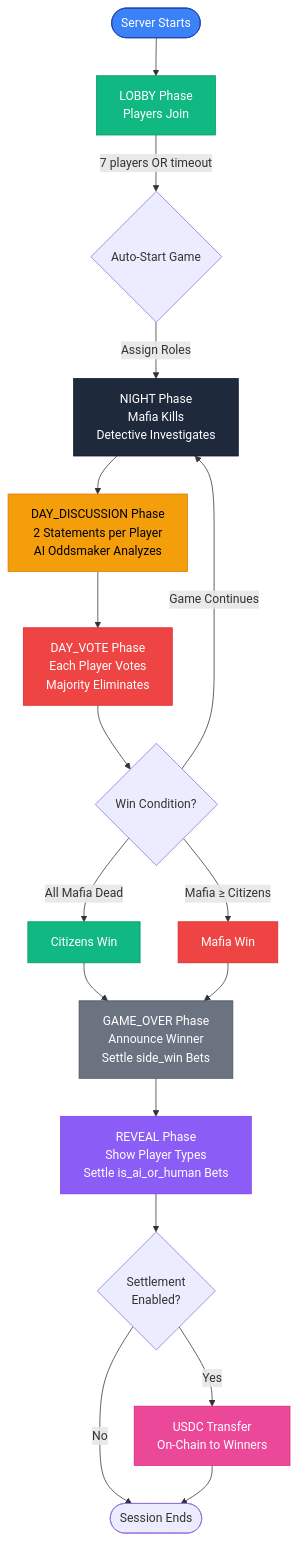
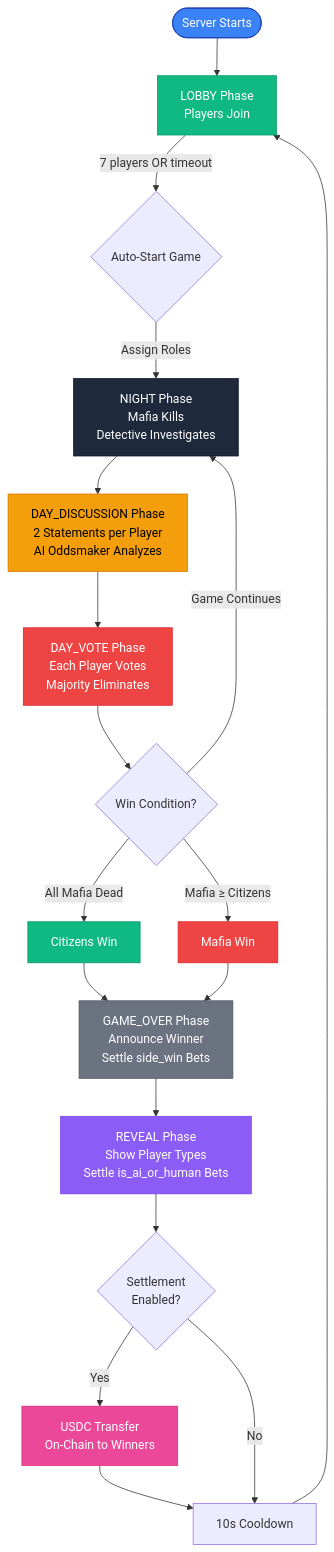
The second of 6 diagrams in docs/USERFLOW.md (0xarkstar/mafi-AI), drawn with Mermaid before and after one commit. The commit also changed other lines of this file and 3 other files, not shown here.

First line of the commit message:
docs: sync userflow, flowcharts, and READMEs with current product state

````diff
--- a/docs/USERFLOW.md
+++ b/docs/USERFLOW.md
@@ -181,38 +181,39 @@
 ```mermaid
 flowchart TD
     Start([Server Starts]) --> Lobby[LOBBY Phase<br/>Players Join]
 
     Lobby -->|7 players OR timeout| Start_Game{Auto-Start Game}
     Start_Game -->|Assign Roles| Night[NIGHT Phase<br/>Mafia Kills<br/>Detective Investigates]
 
     Night --> Day_Discussion[DAY_DISCUSSION Phase<br/>2 Statements per Player<br/>AI Oddsmaker Analyzes]
 
     Day_Discussion --> Day_Vote[DAY_VOTE Phase<br/>Each Player Votes<br/>Majority Eliminates]
 
     Day_Vote --> Win_Check{Win Condition?}
 
     Win_Check -->|All Mafia Dead| Citizens_Win[Citizens Win]
     Win_Check -->|Mafia ≥ Citizens| Mafia_Win[Mafia Win]
     Win_Check -->|Game Continues| Night
 
     Citizens_Win --> Game_Over[GAME_OVER Phase<br/>Announce Winner<br/>Settle side_win Bets]
     Mafia_Win --> Game_Over
 
     Game_Over --> Reveal[REVEAL Phase<br/>Show Player Types<br/>Settle is_ai_or_human Bets]
 
     Reveal --> Settlement{Settlement<br/>Enabled?}
     Settlement -->|Yes| USDC[USDC Transfer<br/>On-Chain to Winners]
-    Settlement -->|No| End
-    USDC --> End([Session Ends])
+    USDC --> Cooldown
+    Settlement -->|No| Cooldown[10s Cooldown]
+    Cooldown --> Lobby
 
     style Start fill:#3b82f6,stroke:#1e40af,color:#fff
     style Lobby fill:#10b981,stroke:#059669,color:#fff
     style Night fill:#1e293b,stroke:#0f172a,color:#fff
     style Day_Discussion fill:#f59e0b,stroke:#d97706,color:#000
     style Day_Vote fill:#ef4444,stroke:#dc2626,color:#fff
     style Citizens_Win fill:#10b981,stroke:#059669,color:#fff
     style Mafia_Win fill:#ef4444,stroke:#dc2626,color:#fff
     style Game_Over fill:#6b7280,stroke:#4b5563,color:#fff
     style Reveal fill:#8b5cf6,stroke:#7c3aed,color:#fff
     style USDC fill:#ec4899,stroke:#db2777,color:#fff
 ```
````
